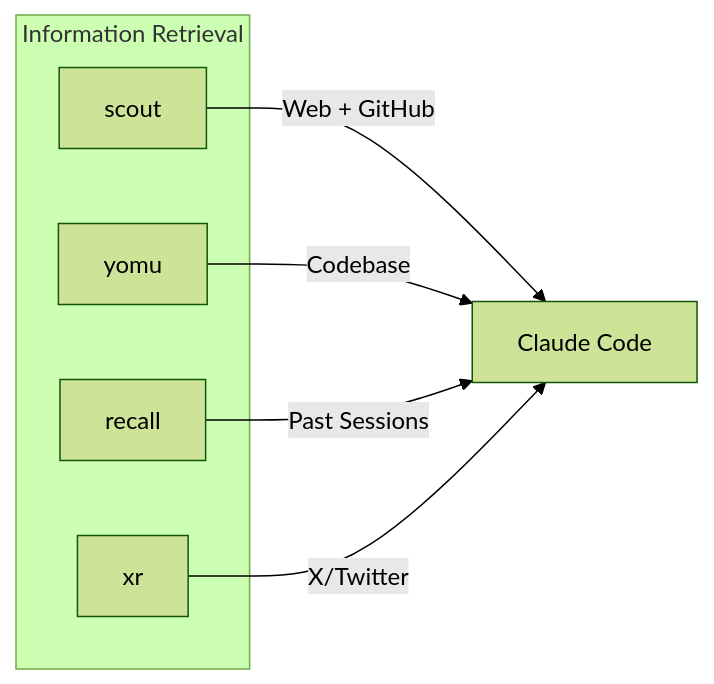
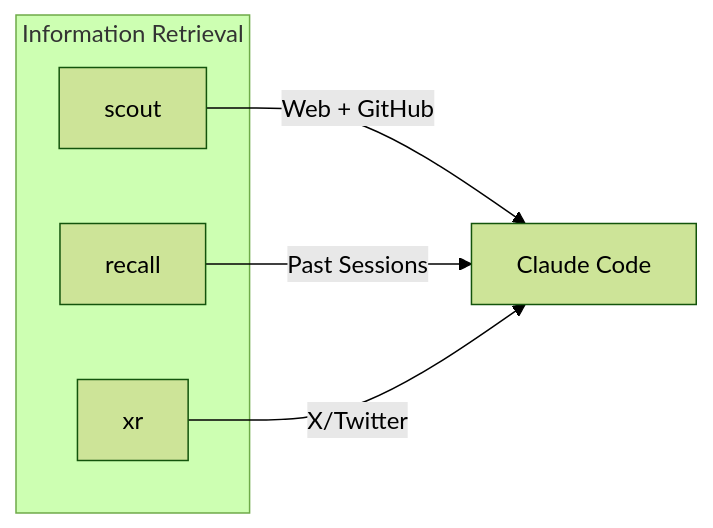
One commit to thkt/dotclaude changed the diagram in .ja/docs/CLI_TOOLS.md. Above: the diagram before and after it, drawn with Mermaid (forest theme). The commit also changed other lines of this file and 207 other files, not shown here.

````diff
--- a/.ja/docs/CLI_TOOLS.md
+++ b/.ja/docs/CLI_TOOLS.md
@@ -11,14 +11,12 @@
 ```mermaid
 graph LR
     subgraph Search["Information Retrieval"]
         SC[scout]
-        YO[yomu]
         RE[recall]
         XR[xr]
     end
 
     SC -->|Web + GitHub| AI[Claude Code]
-    YO -->|Codebase| AI
     RE -->|Past Sessions| AI
     XR -->|X/Twitter| AI
 ```
````
